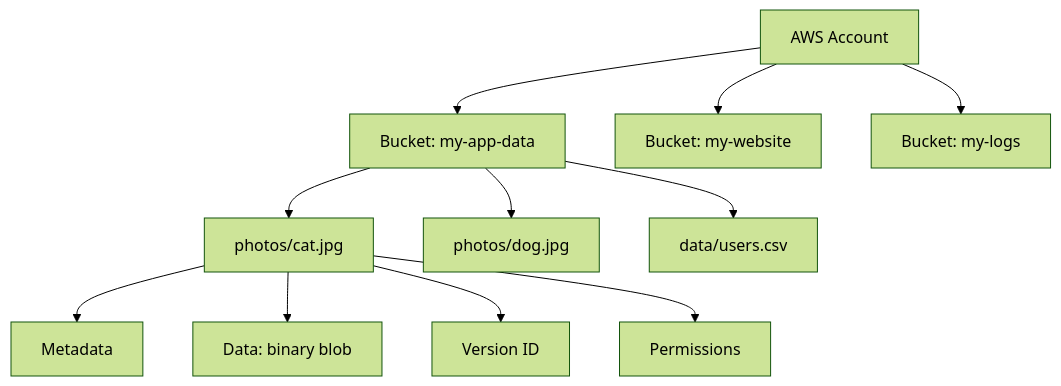
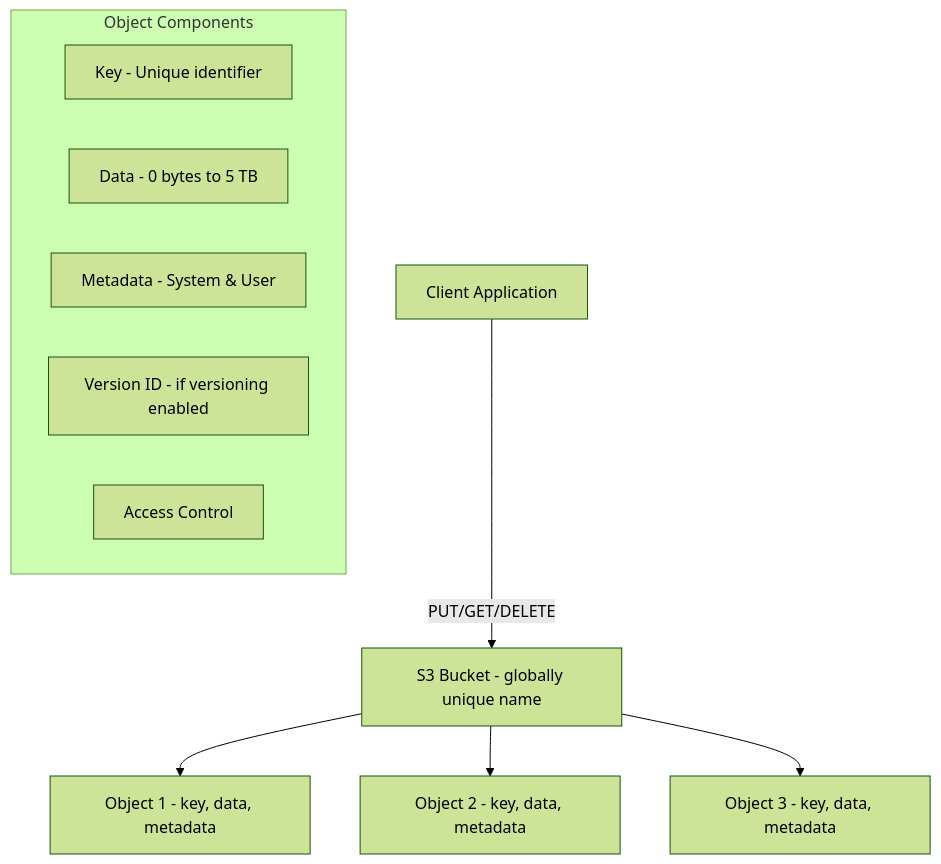
The first of 13 diagrams in src/cloud/aws/s3.md (vanos001/placement_prep), drawn with Mermaid (forest theme) before and after one commit. The commit also changed other lines of this file, not shown here.

````diff
--- a/src/cloud/aws/s3.md
+++ b/src/cloud/aws/s3.md
@@ -11,15 +9,21 @@
 ```mermaid
-graph TD
-    ACCOUNT[AWS Account] --> BUCKET1[Bucket: my-app-data]
-    ACCOUNT --> BUCKET2[Bucket: my-website]
-    ACCOUNT --> BUCKET3[Bucket: my-logs]
+graph TB
+    CLIENT[Client Application]
+    BUCKET[S3 Bucket - globally unique name]
+    OBJECT1[Object 1 - key, data, metadata]
+    OBJECT2[Object 2 - key, data, metadata]
+    OBJECT3[Object 3 - key, data, metadata]
 
-    BUCKET1 --> OBJ1[photos/cat.jpg]
-    BUCKET1 --> OBJ2[photos/dog.jpg]
-    BUCKET1 --> OBJ3[data/users.csv]
+    CLIENT --> |PUT/GET/DELETE| BUCKET
+    BUCKET --> OBJECT1
+    BUCKET --> OBJECT2
+    BUCKET --> OBJECT3
 
-    OBJ1 --> META[Metadata]
-    OBJ1 --> DATA[Data: binary blob]
-    OBJ1 --> VER[Version ID]
-    OBJ1 --> ACL[Permissions]
+    subgraph "Object Components"
+        KEY[Key - Unique identifier]
+        DATA[Data - 0 bytes to 5 TB]
+        META[Metadata - System & User]
+        VER[Version ID - if versioning enabled]
+        ACL[Access Control]
+    end
 ```
````
